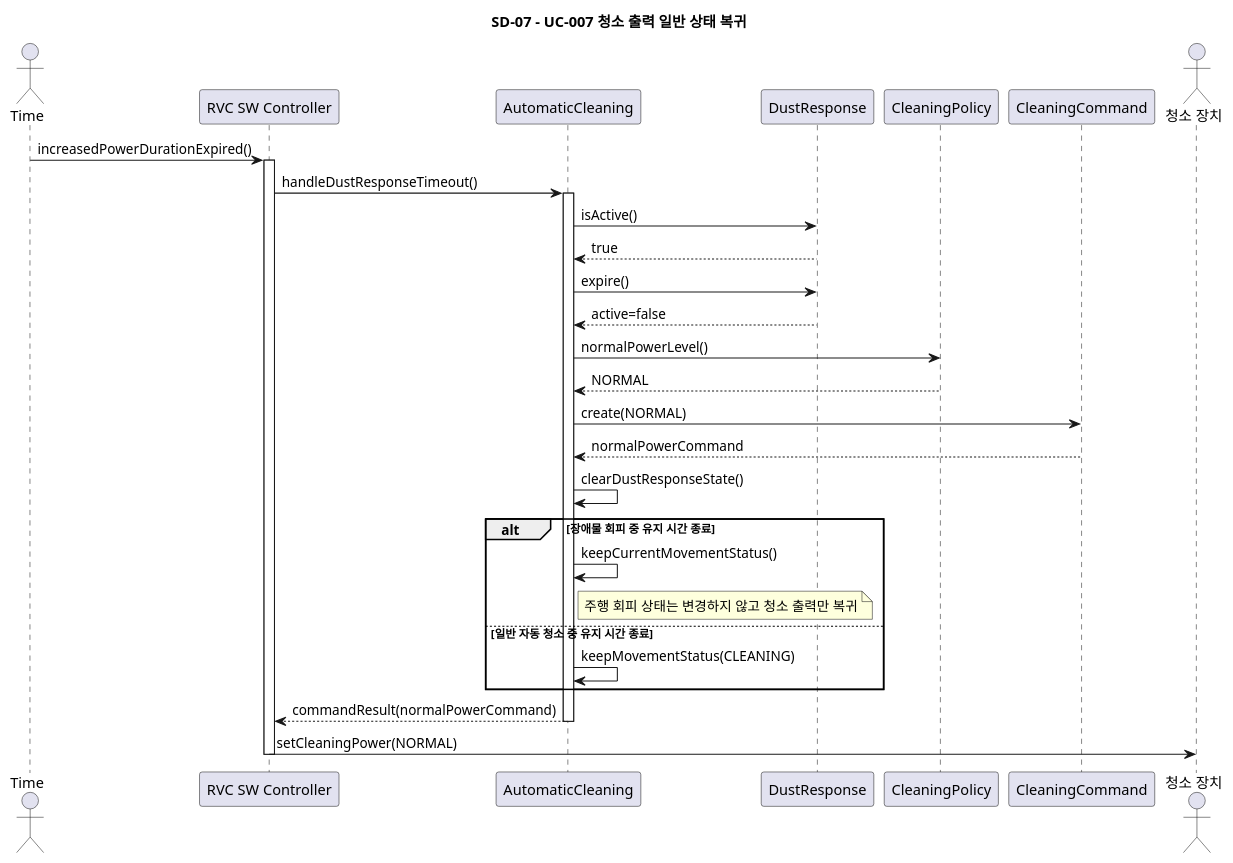
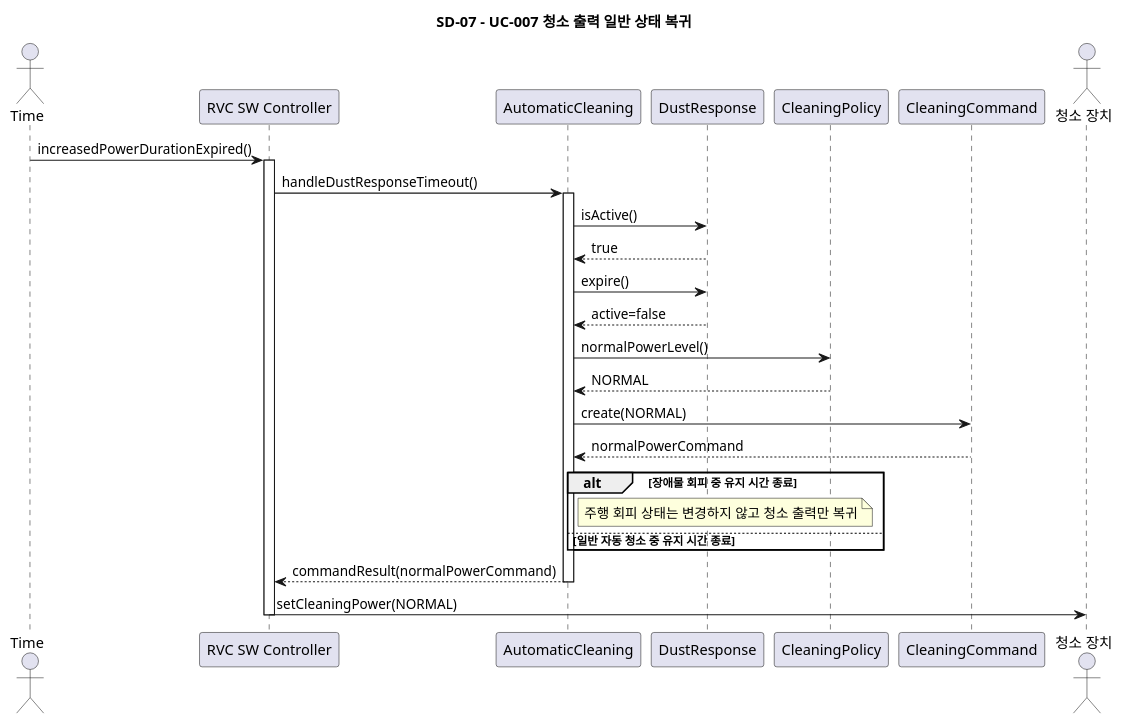
The diagram in docs/sd/SD-07.puml (OOAD-Team3/Robot-Vacuum-Cleaner-AI), drawn with PlantUML before and after one commit. The commit also changed 11 other files, not shown here.

```diff
--- a/docs/sd/SD-07.puml
+++ b/docs/sd/SD-07.puml
@@ -6,37 +6,34 @@
 @startuml SD_07_UC007_Return_To_Normal_Power
 title SD-07 - UC-007 청소 출력 일반 상태 복귀
 
 actor "Time" as Time
 participant "RVC SW Controller" as Controller
 participant "AutomaticCleaning" as Cleaning
 participant "DustResponse" as DustResponse
 participant "CleaningPolicy" as Policy
 participant "CleaningCommand" as CleaningCommand
 actor "청소 장치" as Cleaner
 
 Time -> Controller: increasedPowerDurationExpired()
 activate Controller
 Controller -> Cleaning: handleDustResponseTimeout()
 activate Cleaning
 Cleaning -> DustResponse: isActive()
 DustResponse --> Cleaning: true
 Cleaning -> DustResponse: expire()
 DustResponse --> Cleaning: active=false
 Cleaning -> Policy: normalPowerLevel()
 Policy --> Cleaning: NORMAL
 Cleaning -> CleaningCommand: create(NORMAL)
 CleaningCommand --> Cleaning: normalPowerCommand
-Cleaning -> Cleaning: clearDustResponseState()
 
 alt 장애물 회피 중 유지 시간 종료
-    Cleaning -> Cleaning: keepCurrentMovementStatus()
     note right of Cleaning: 주행 회피 상태는 변경하지 않고 청소 출력만 복귀
 else 일반 자동 청소 중 유지 시간 종료
-    Cleaning -> Cleaning: keepMovementStatus(CLEANING)
 end
 
 Cleaning --> Controller: commandResult(normalPowerCommand)
 deactivate Cleaning
 Controller -> Cleaner: setCleaningPower(NORMAL)
 deactivate Controller
 @enduml
```
